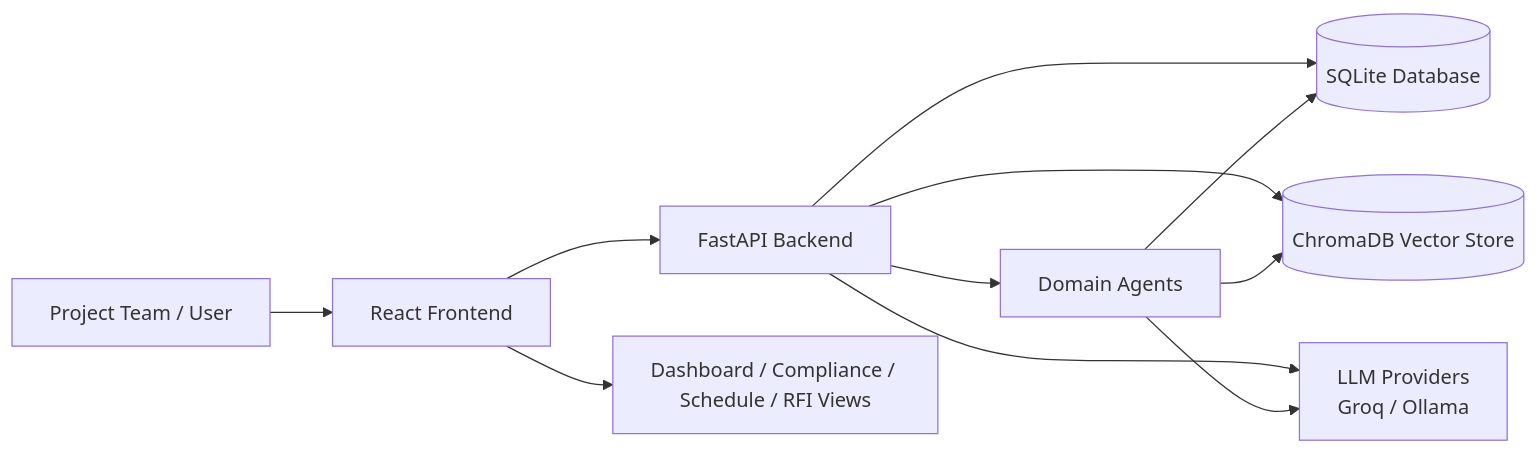
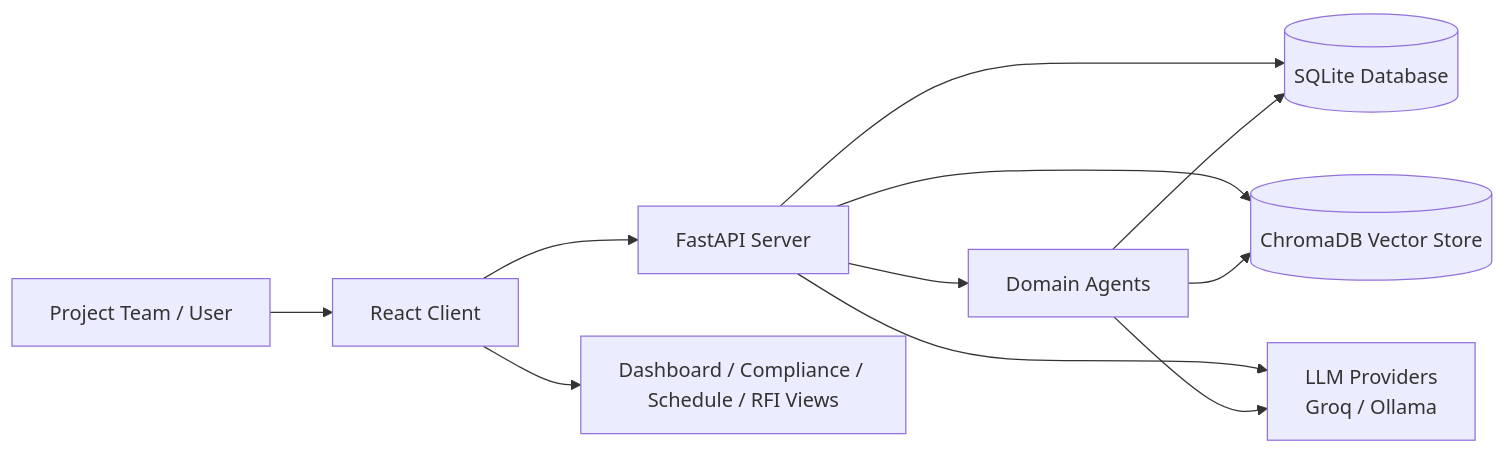
The first of 12 diagrams in overview.md (mangeshwagh91/ET_hackathon_v2), drawn with Mermaid before and after one commit. The commit also changed other lines of this file and 59 other files, not shown here.

````diff
--- a/overview.md
+++ b/overview.md
@@ -253,13 +253,13 @@
 ```mermaid
 flowchart LR
-    U[Project Team / User] --> FE[React Frontend]
-    FE --> API[FastAPI Backend]
+    U[Project Team / User] --> FE[React Client]
+    FE --> API[FastAPI Server]
     API --> DB[(SQLite Database)]
     API --> VDB[(ChromaDB Vector Store)]
     API --> LLM[LLM Providers<br/>Groq / Ollama]
     API --> AGENTS[Domain Agents]
     AGENTS --> DB
     AGENTS --> VDB
     AGENTS --> LLM
     FE --> UI[Dashboard / Compliance / Schedule / RFI Views]
 ```
````
